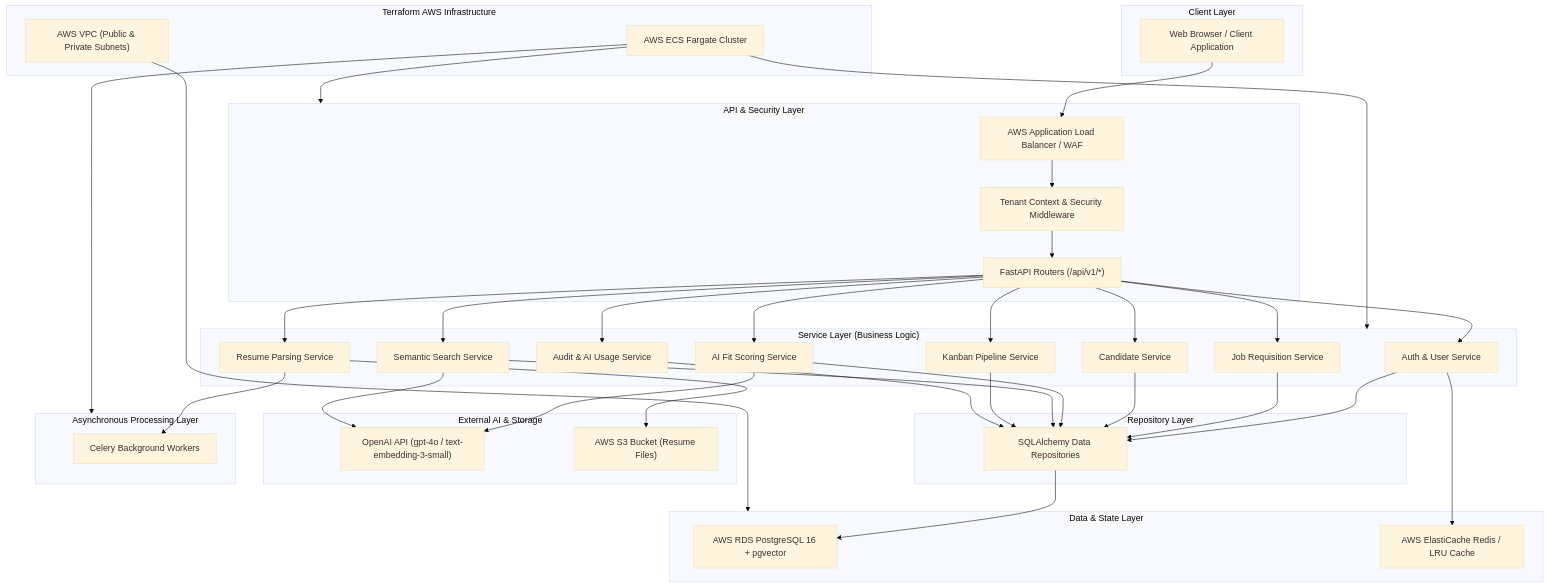
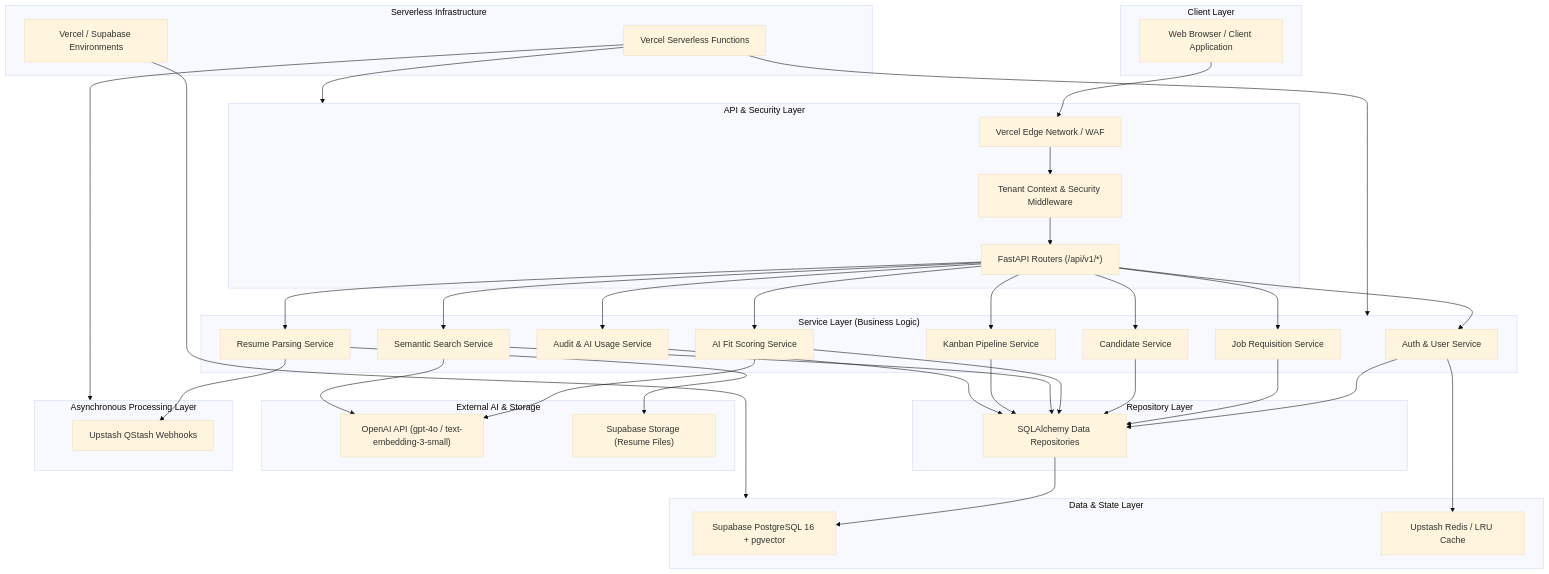
One commit to anurag-jaiswal-aj/hiron changed the diagram in README.md. Above: the diagram before and after it, drawn with Mermaid (base theme). The commit also changed other lines of this file and 256 other files, not shown here.

```diff
--- a/README.md
+++ b/README.md
@@ -40,7 +40,7 @@
     end
 
     subgraph APILayer["API & Security Layer"]
-        ALB["AWS Application Load Balancer / WAF"]
+        ALB["Vercel Edge Network / WAF"]
         Middleware["Tenant Context & Security Middleware"]
         Routers["FastAPI Routers (/api/v1/*)"]
     end
@@ -61,22 +61,22 @@
     end
 
     subgraph DataLayer["Data & State Layer"]
-        Postgres["AWS RDS PostgreSQL 16 + pgvector"]
-        Redis["AWS ElastiCache Redis / LRU Cache"]
+        Postgres["Supabase PostgreSQL 16 + pgvector"]
+        Redis["Upstash Redis / LRU Cache"]
     end
 
     subgraph ExternalServices["External AI & Storage"]
         OpenAI["OpenAI API (gpt-4o / text-embedding-3-small)"]
-        S3["AWS S3 Bucket (Resume Files)"]
+        S3["Supabase Storage (Resume Files)"]
     end
 
     subgraph WorkerLayer["Asynchronous Processing Layer"]
-        Workers["Celery Background Workers"]
+        Workers["Upstash QStash Webhooks"]
     end
 
-    subgraph InfrastructureLayer["Terraform AWS Infrastructure"]
-        VPC["AWS VPC (Public & Private Subnets)"]
-        ECS["AWS ECS Fargate Cluster"]
+    subgraph InfrastructureLayer["Serverless Infrastructure"]
+        VPC["Vercel / Supabase Environments"]
+        ECS["Vercel Serverless Functions"]
     end
 
     %% Client and Middleware Entry Points
```
